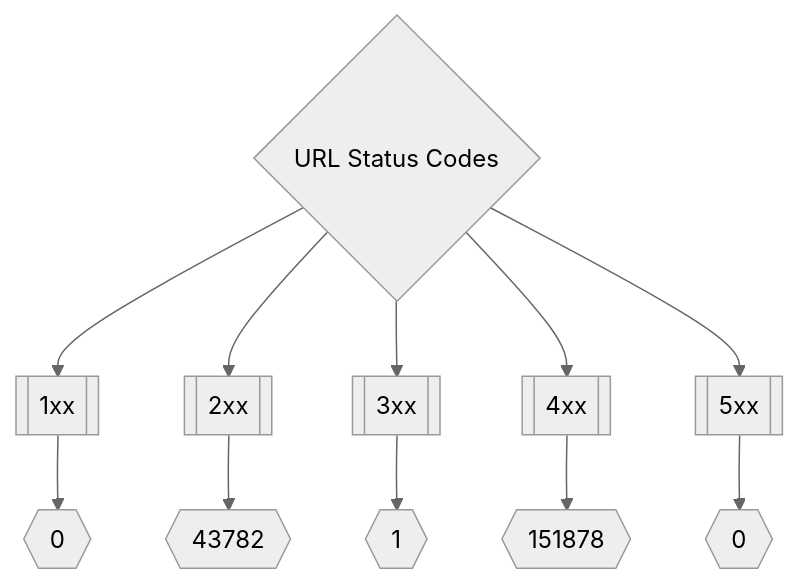
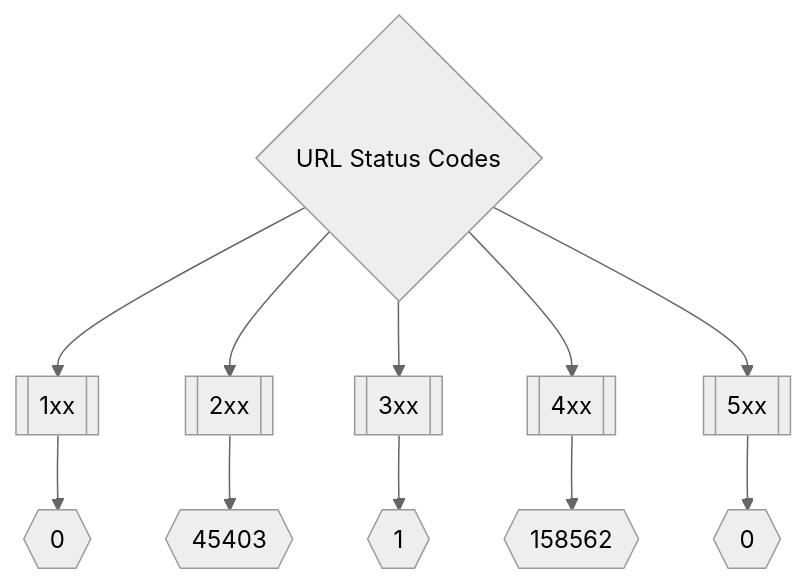
One commit to trickest/inventory changed the second of 3 diagrams in README.md. Above: the diagram before and after it, drawn with Mermaid (neutral theme). The commit also changed other lines of this file, not shown here.

Commit message:
Update Fri Mar 25 04:01:18 UTC 2022

````diff
--- a/README.md
+++ b/README.md
@@ -173,8 +173,8 @@
 ```mermaid
 graph TD
 title{URL Status Codes} --> 1xx[[1xx]] --> status1xxNum{{0}}
-title --> 2xx[[2xx]] --> status2xxNum{{43782}}
+title --> 2xx[[2xx]] --> status2xxNum{{45403}}
 title --> 3xx[[3xx]] --> status3xxNum{{1}}
-title --> 4xx[[4xx]] --> status4xxNum{{151878}}
+title --> 4xx[[4xx]] --> status4xxNum{{158562}}
 title --> 5xx[[5xx]] --> status5xxNum{{0}}
 ```
````
